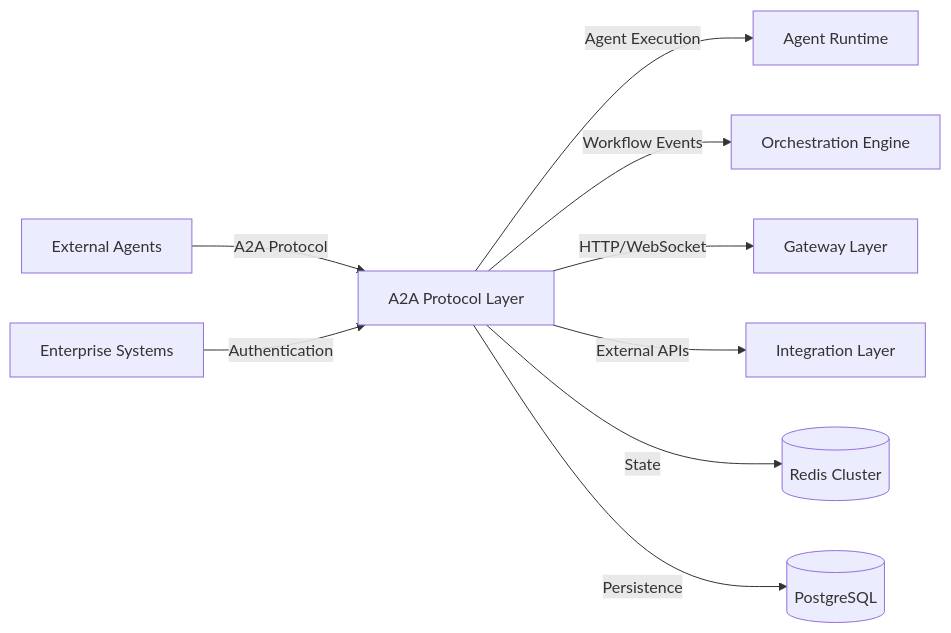
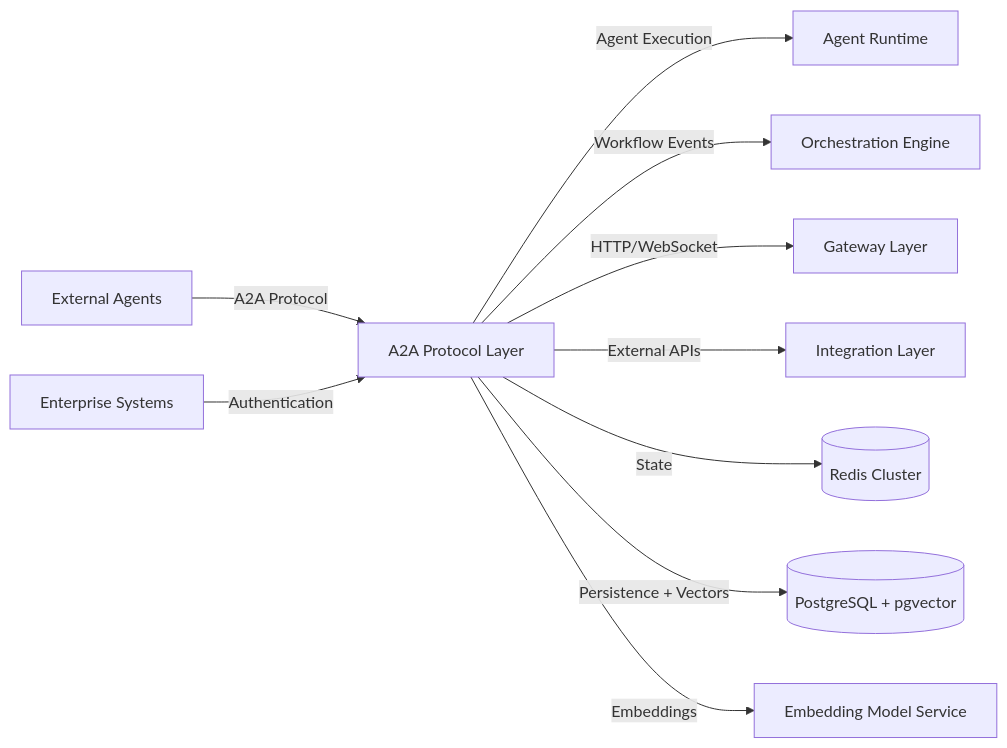
One commit to Mathews-Tom/AgentCore changed the first of 2 diagrams in docs/breakdown/a2a-protocol.md. Above: the diagram before and after it, drawn with Mermaid. The commit also changed other lines of this file and 8 other files, not shown here.

````diff
--- a/docs/breakdown/a2a-protocol.md
+++ b/docs/breakdown/a2a-protocol.md
@@ -42,11 +46,12 @@
 ```mermaid
 graph LR
     A[External Agents] -->|A2A Protocol| B[A2A Protocol Layer]
     B -->|Agent Execution| C[Agent Runtime]
     B -->|Workflow Events| D[Orchestration Engine]
     B -->|HTTP/WebSocket| E[Gateway Layer]
     B -->|External APIs| F[Integration Layer]
     G[Enterprise Systems] -->|Authentication| B
     B -->|State| H[(Redis Cluster)]
-    B -->|Persistence| I[(PostgreSQL)]
+    B -->|Persistence + Vectors| I[(PostgreSQL + pgvector)]
+    B -->|Embeddings| J[Embedding Model Service]
 ```
````
